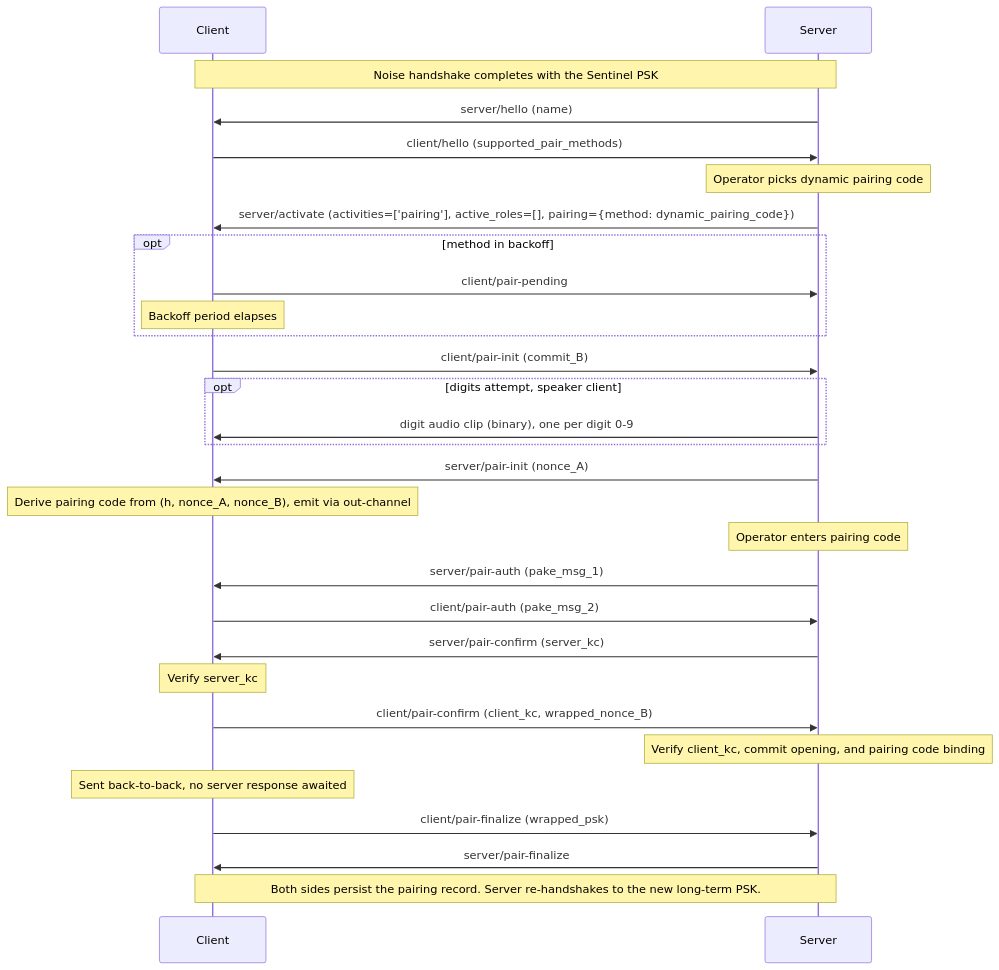
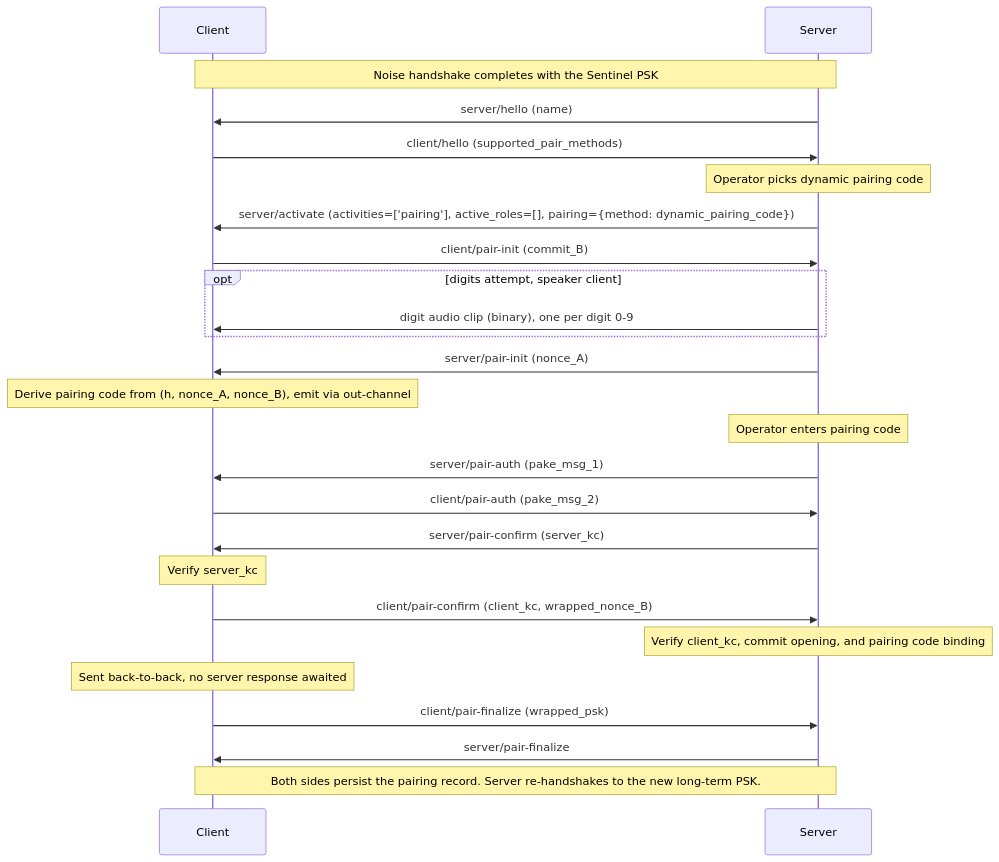
The third of 4 diagrams in README.md (Resonate-Protocol/spec), drawn with Mermaid before and after one commit. The commit also changed other lines of this file and 1 other file, not shown here.

````diff
--- a/README.md
+++ b/README.md
@@ -820,33 +820,29 @@
 ```mermaid
 sequenceDiagram
     participant Client
     participant Server
 
     Note over Client,Server: Noise handshake completes with the Sentinel PSK
 
     Server->>Client: server/hello (name)
     Client->>Server: client/hello (supported_pair_methods)
     Note over Server: Operator picks dynamic pairing code
     Server->>Client: server/activate (activities=['pairing'], active_roles=[], pairing={method: dynamic_pairing_code})
-    opt method in backoff
-        Client->>Server: client/pair-pending
-        Note over Client: Backoff period elapses
-    end
     Client->>Server: client/pair-init (commit_B)
     opt digits attempt, speaker client
         Server->>Client: digit audio clip (binary), one per digit 0-9
     end
     Server->>Client: server/pair-init (nonce_A)
     Note over Client: Derive pairing code from (h, nonce_A, nonce_B), emit via out-channel
     Note over Server: Operator enters pairing code
     Server->>Client: server/pair-auth (pake_msg_1)
     Client->>Server: client/pair-auth (pake_msg_2)
     Server->>Client: server/pair-confirm (server_kc)
     Note over Client: Verify server_kc
     Client->>Server: client/pair-confirm (client_kc, wrapped_nonce_B)
     Note over Server: Verify client_kc, commit opening, and pairing code binding
     Note over Client: Sent back-to-back, no server response awaited
     Client->>Server: client/pair-finalize (wrapped_psk)
     Server->>Client: server/pair-finalize
     Note over Client,Server: Both sides persist the pairing record. Server re-handshakes to the new long-term PSK.
 ```
````
